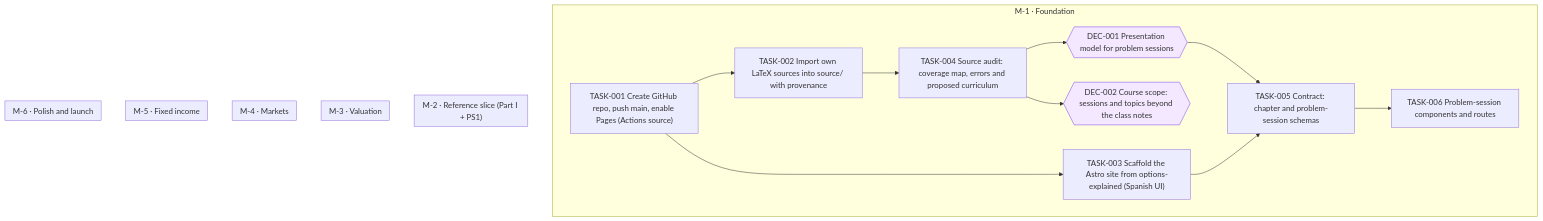
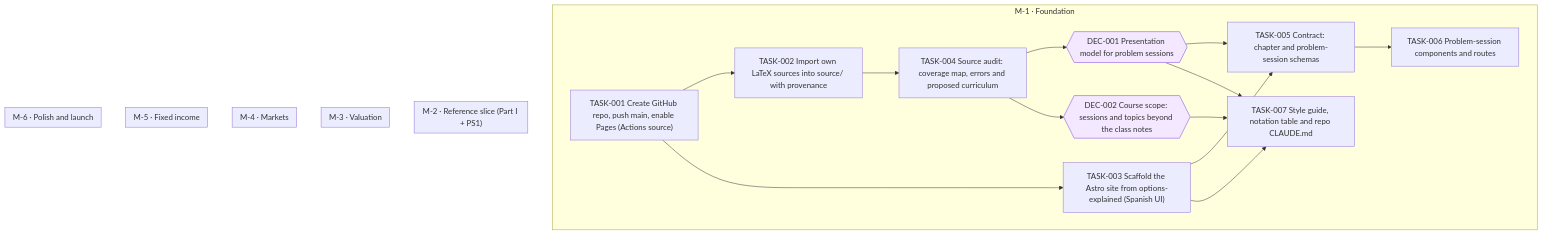
One commit to jesusvillota/economia-financiera changed the diagram in goals/course-site/README.md. Above: the diagram before and after it, drawn with Mermaid. The commit also changed 1 other file, not shown here.

Commit message:
goal(course-site): add TASK-007 Style guide, notation table and repo CLAUDE.md

````diff
--- a/goals/course-site/README.md
+++ b/goals/course-site/README.md
@@ -19,36 +19,40 @@
 ```mermaid
 flowchart TD
   subgraph M_1["M-1 · Foundation"]
     DEC_001{{"DEC-001 Presentation model for problem sessions"}}
     DEC_002{{"DEC-002 Course scope: sessions and topics beyond the class notes"}}
     TASK_001["TASK-001 Create GitHub repo, push main, enable Pages (Actions source)"]
     TASK_002["TASK-002 Import own LaTeX sources into source/ with provenance"]
     TASK_003["TASK-003 Scaffold the Astro site from options-explained (Spanish UI)"]
     TASK_004["TASK-004 Source audit: coverage map, errors and proposed curriculum"]
     TASK_005["TASK-005 Contract: chapter and problem-session schemas"]
     TASK_006["TASK-006 Problem-session components and routes"]
+    TASK_007["TASK-007 Style guide, notation table and repo CLAUDE.md"]
   end
   subgraph M_2["M-2 · Reference slice (Part I + PS1)"]
   end
   subgraph M_3["M-3 · Valuation"]
   end
   subgraph M_4["M-4 · Markets"]
   end
   subgraph M_5["M-5 · Fixed income"]
   end
   subgraph M_6["M-6 · Polish and launch"]
   end
   TASK_004 --> DEC_001
   TASK_004 --> DEC_002
   TASK_001 --> TASK_002
   TASK_001 --> TASK_003
   TASK_002 --> TASK_004
   DEC_001 --> TASK_005
   TASK_003 --> TASK_005
   TASK_005 --> TASK_006
+  TASK_003 --> TASK_007
+  DEC_001 --> TASK_007
+  DEC_002 --> TASK_007
   classDef draft stroke-dasharray: 4 3
   classDef cancelled opacity:0.45
   classDef decision fill:#f3e8ff,stroke:#7c3aed
   class DEC_001 decision
   class DEC_002 decision
 ```
````
